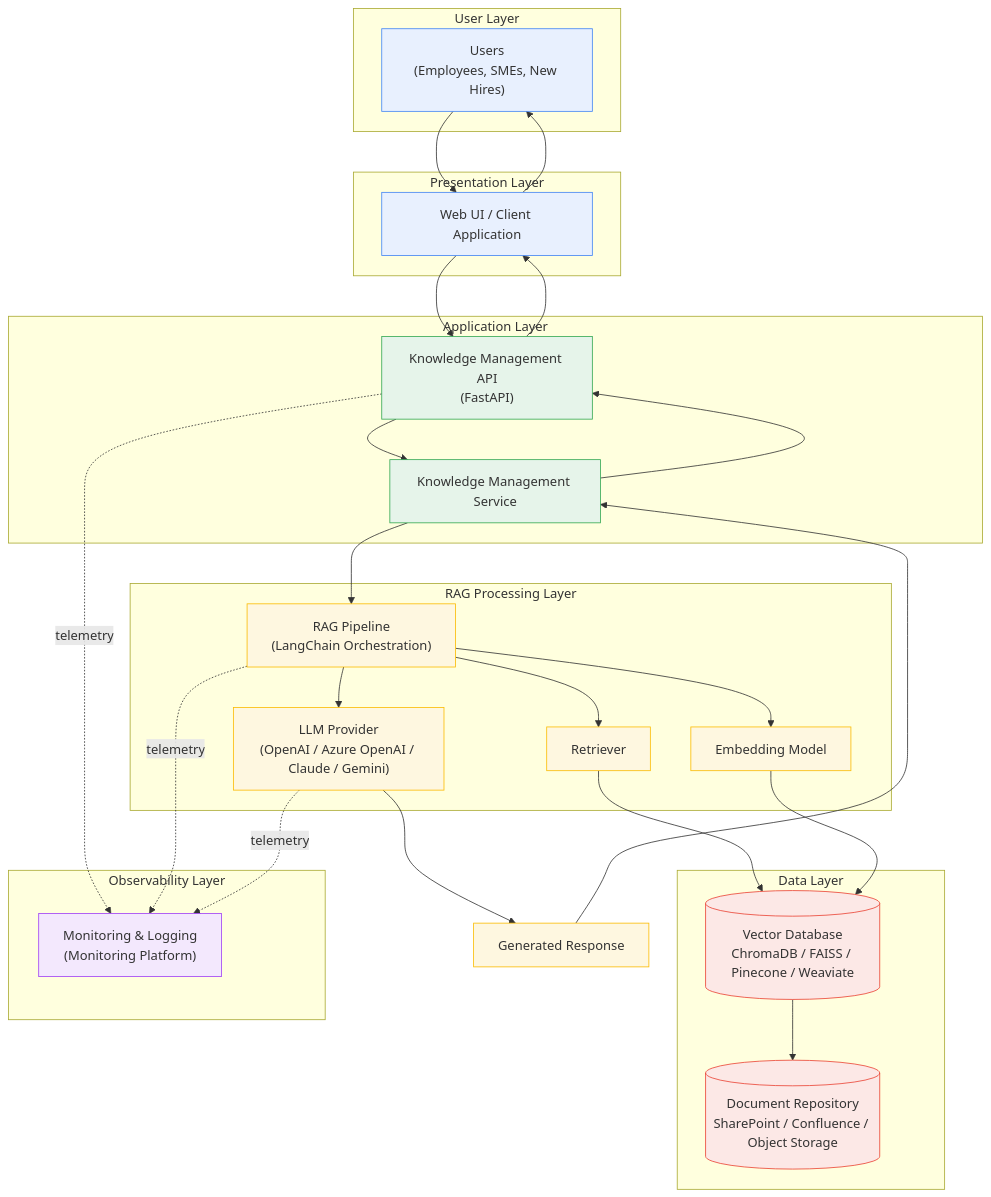
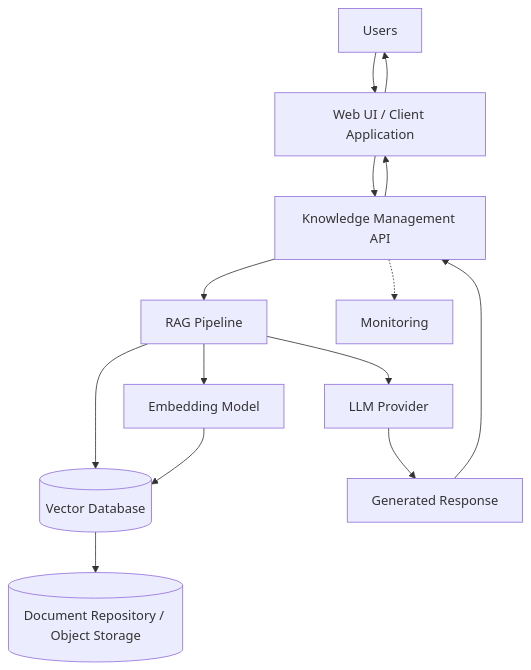
The diagram in Knowledge-Management-Agent-PoC.md (Knowledge-Management-Agent/knowledge-management-agent), drawn with Mermaid before and after one commit. The commit also changed other lines of this file, not shown here.

````diff
--- a/Knowledge-Management-Agent-PoC.md
+++ b/Knowledge-Management-Agent-PoC.md
@@ -260,63 +108,14 @@
 ```mermaid
 flowchart TB
-    subgraph L1["User Layer"]
-        U["Users<br/>(Employees, SMEs, New Hires)"]
-    end
-
-    subgraph L2["Presentation Layer"]
-        WEB["Web UI / Client Application"]
-    end
-
-    subgraph L3["Application Layer"]
-        API["Knowledge Management API<br/>(FastAPI)"]
-        KMS["Knowledge Management Service"]
-    end
-
-    subgraph L4["RAG Processing Layer"]
-        RAG["RAG Pipeline<br/>(LangChain Orchestration)"]
-        RET["Retriever"]
-        EMB["Embedding Model"]
-        LLM["LLM Provider<br/>(OpenAI / Azure OpenAI / Claude / Gemini)"]
-    end
-
-    subgraph L5["Data Layer"]
-        VDB[("Vector Database<br/>ChromaDB / FAISS / Pinecone / Weaviate")]
-        DOCREPO[("Document Repository<br/>SharePoint / Confluence / Object Storage")]
-    end
-
-    subgraph L6["Observability Layer"]
-        MON["Monitoring & Logging<br/>(Monitoring Platform)"]
-    end
-
-    U --> WEB
-    WEB --> API
-    API --> KMS
-    KMS --> RAG
-    RAG --> RET
-    RAG --> EMB
-    RET --> VDB
+    U["Users"] --> WEB["Web UI / Client Application"]
+    WEB --> API["Knowledge Management API"]
+    API --> RAG["RAG Pipeline"]
+    RAG --> EMB["Embedding Model"]
+    RAG --> VDB[("Vector Database")]
     EMB --> VDB
-    VDB --> DOCREPO
-    RAG --> LLM
+    VDB --> DOCREPO[("Document Repository / Object Storage")]
+    RAG --> LLM["LLM Provider"]
     LLM --> RESP["Generated Response"]
-    RESP --> KMS
-    KMS --> API
-    API --> WEB
-    WEB --> U
-
-    API -.telemetry.-> MON
-    RAG -.telemetry.-> MON
-    LLM -.telemetry.-> MON
-
-    classDef userLayer fill:#e8f0fe,stroke:#4285f4,stroke-width:1px
-    classDef appLayer fill:#e6f4ea,stroke:#34a853,stroke-width:1px
-    classDef ragLayer fill:#fef7e0,stroke:#fbbc04,stroke-width:1px
-    classDef dataLayer fill:#fce8e6,stroke:#ea4335,stroke-width:1px
-    classDef obsLayer fill:#f3e8fd,stroke:#a142f4,stroke-width:1px
-
-    class U,WEB userLayer
-    class API,KMS appLayer
-    class RAG,RET,EMB,LLM,RESP ragLayer
-    class VDB,DOCREPO dataLayer
-    class MON obsLayer
+    RESP --> API --> WEB --> U
+    API -.-> MON["Monitoring"]
 ```
````
